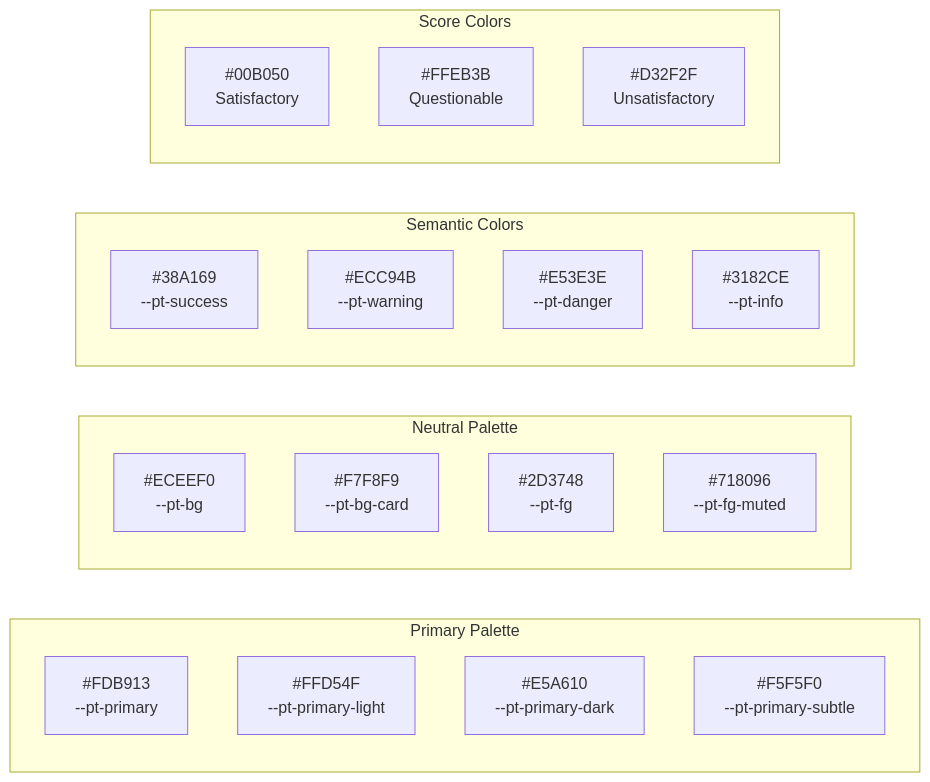
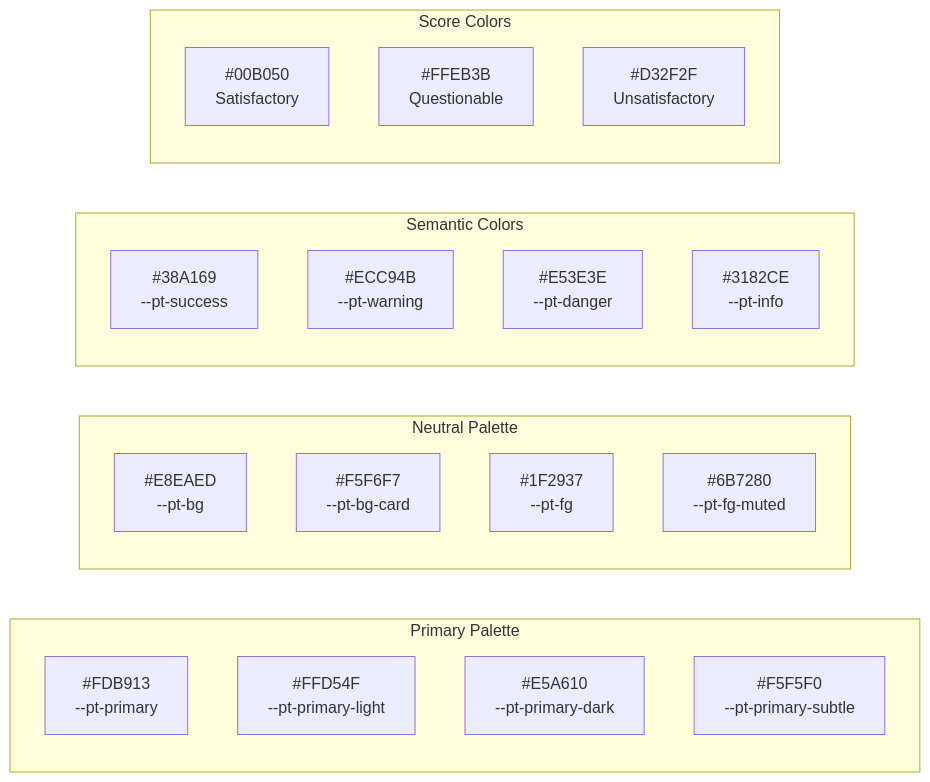
Before and after one commit to willl182/pt_app: the first of 2 diagrams in final/18_ui.md, drawn with Mermaid. The commit also changed other lines of this file and 31 other files, not shown here.

````diff
--- a/final/18_ui.md
+++ b/final/18_ui.md
@@ -677,29 +1066,29 @@
 ```mermaid
 graph LR
     subgraph Primary["Primary Palette"]
         P1["#FDB913\n--pt-primary"]
         P2["#FFD54F\n--pt-primary-light"]
         P3["#E5A610\n--pt-primary-dark"]
         P4["#F5F5F0\n--pt-primary-subtle"]
     end
     
     subgraph Neutral["Neutral Palette"]
-        N1["#ECEEF0\n--pt-bg"]
-        N2["#F7F8F9\n--pt-bg-card"]
-        N3["#2D3748\n--pt-fg"]
-        N4["#718096\n--pt-fg-muted"]
+        N1["#E8EAED\n--pt-bg"]
+        N2["#F5F6F7\n--pt-bg-card"]
+        N3["#1F2937\n--pt-fg"]
+        N4["#6B7280\n--pt-fg-muted"]
     end
     
     subgraph Semantic["Semantic Colors"]
         S1["#38A169\n--pt-success"]
         S2["#ECC94B\n--pt-warning"]
         S3["#E53E3E\n--pt-danger"]
         S4["#3182CE\n--pt-info"]
     end
     
     subgraph Scores["Score Colors"]
         SC1["#00B050\nSatisfactory"]
         SC2["#FFEB3B\nQuestionable"]
         SC3["#D32F2F\nUnsatisfactory"]
     end
 ```
````
